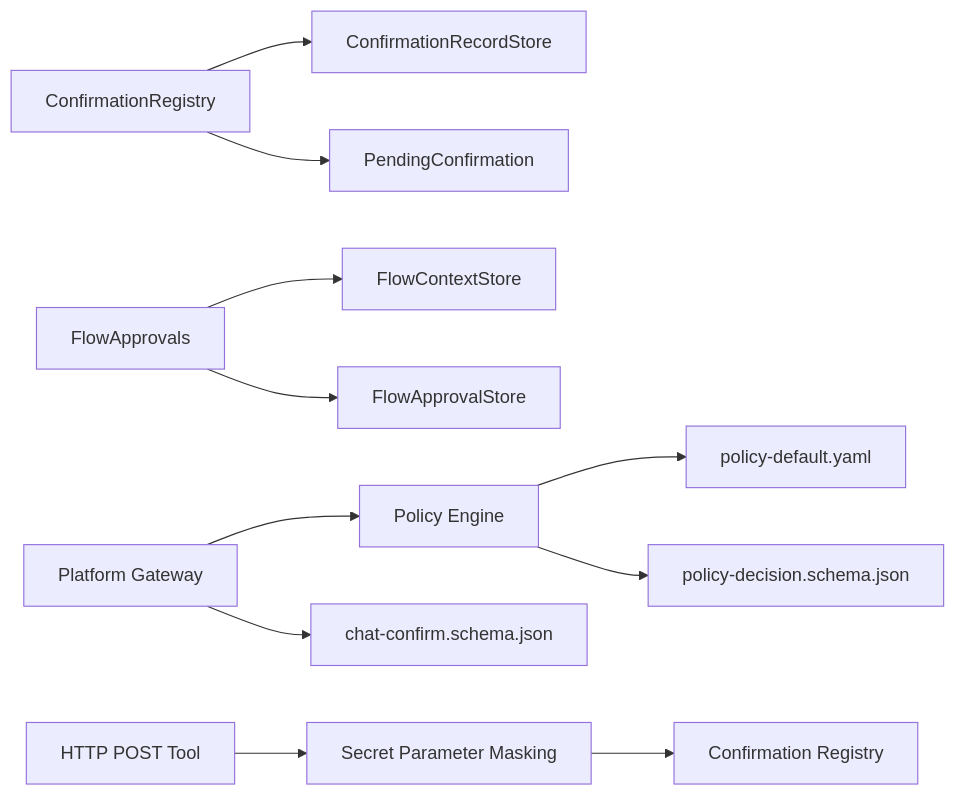
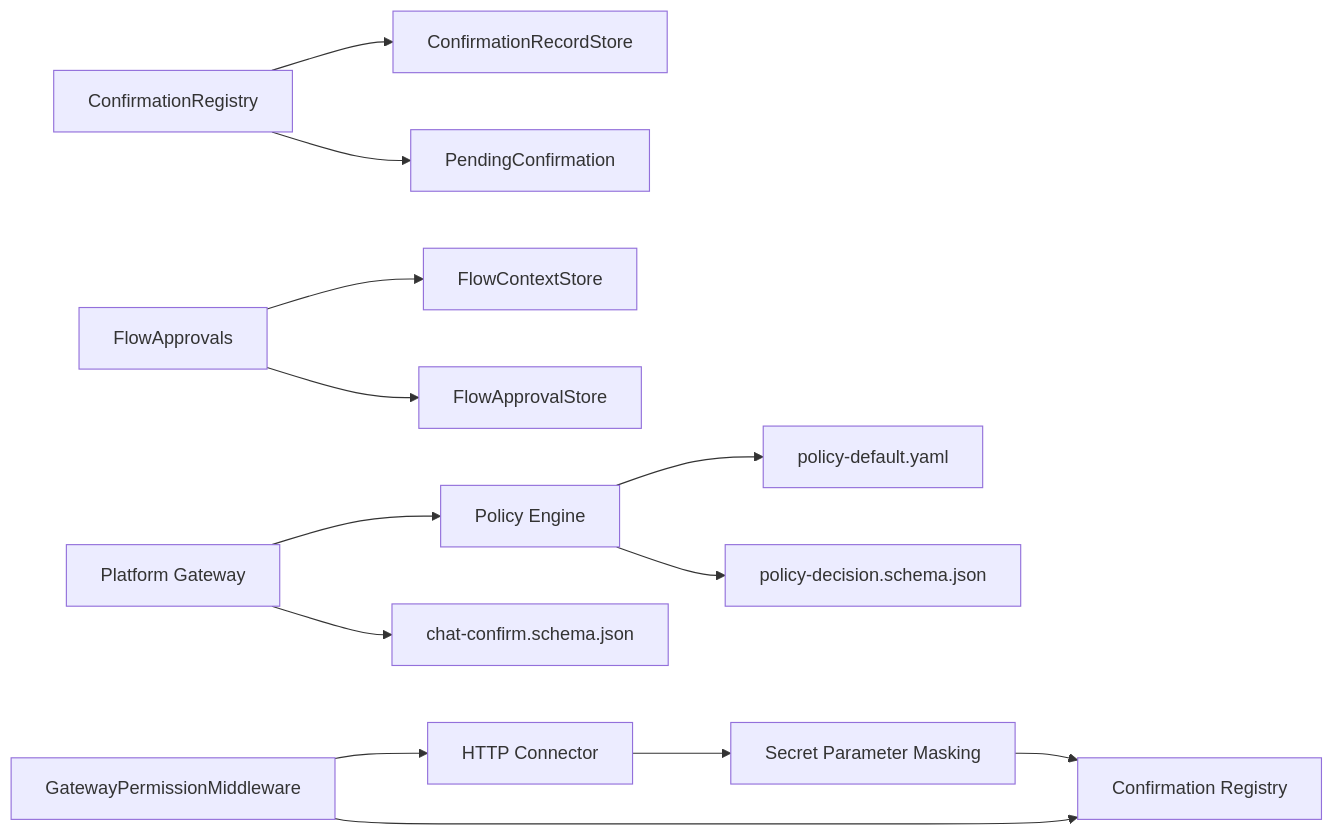
Before and after one commit to metasync/luban-aiops: the ninth of 9 diagrams in .qoder/repowiki/en/content/Core Services/Agent Platform/Human-in-the-Loop Approvals.md, drawn with Mermaid. The commit also changed other lines of this file and 250 other files, not shown here.

````diff
--- a/.qoder/repowiki/en/content/Core Services/Agent Platform/Human-in-the-Loop Approvals.md
+++ b/.qoder/repowiki/en/content/Core Services/Agent Platform/Human-in-the-Loop Approvals.md
@@ -371,13 +423,15 @@
 ```mermaid
 graph LR
 Reg["ConfirmationRegistry"] --> Rec["ConfirmationRecordStore"]
 Reg --> PC["PendingConfirmation"]
 FA["FlowApprovals"] --> FC["FlowContextStore"]
 FA --> FP["FlowApprovalStore"]
 GW["Platform Gateway"] --> PE["Policy Engine"]
 PE --> PB["policy-default.yaml"]
 GW --> CS["chat-confirm.schema.json"]
 PE --> PD["policy-decision.schema.json"]
 SP["Secret Parameter Masking"] --> REG["Confirmation Registry"]
-HTTP["HTTP POST Tool"] --> SP
+HTTP["HTTP Connector"] --> SP
+Perm["GatewayPermissionMiddleware"] --> REG
+Perm --> HTTP
 ```
````
